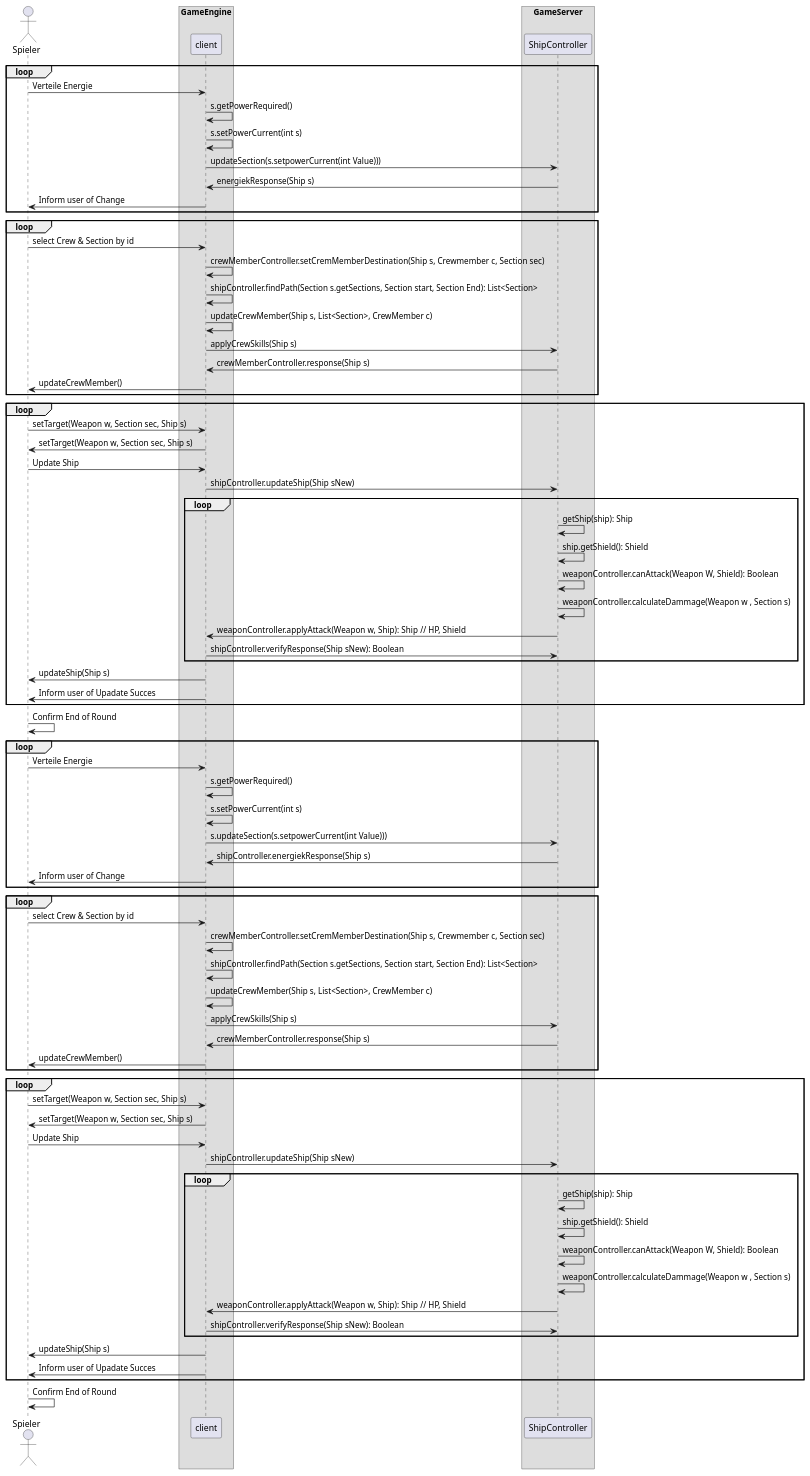
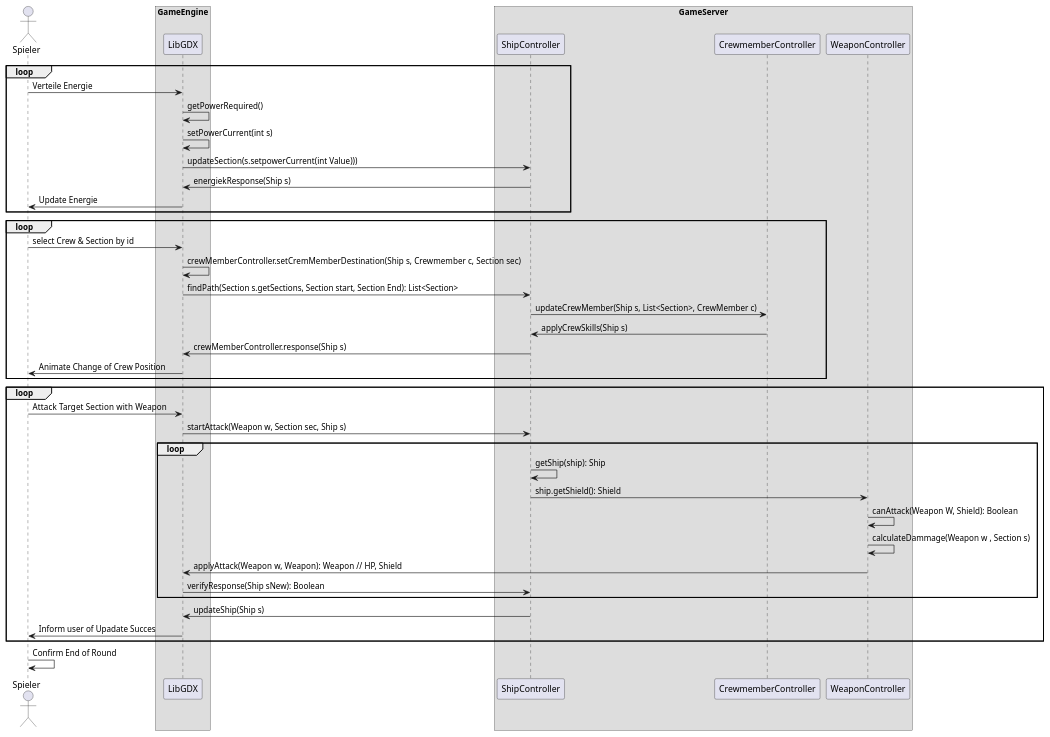
One commit to ksreyr/SpaceStudio changed the first of 3 diagrams in docs/SVGs_org_files/seq.org. Above: the diagram before and after it, drawn with PlantUML. The commit also changed 1 other file, not shown here.

Commit message:
better Sequence Diagramm

```diff
--- a/docs/SVGs_org_files/seq.org
+++ b/docs/SVGs_org_files/seq.org
@@ -4,107 +4,58 @@
 #+BEGIN_SRC plantuml :file kampf.png
 actor Spieler as user
-participant client
-participant ShipController as server
+participant LibGDX as client
+participant ShipController as ship
+participant CrewmemberController as crew
+participant WeaponController as weapon
 
 box "GameEngine"
   participant client
 end box
 
 box "GameServer"
-  participant server
+  participant ship
+  participant crew
+  participant weapon
 end box
 
 
 loop
 user -> client: Verteile Energie
-client -> client: s.getPowerRequired()
-client -> client: s.setPowerCurrent(int s)
-client -> server: updateSection(s.setpowerCurrent(int Value)))
-server -> client: energiekResponse(Ship s)
-client -> user: Inform user of Change
+client -> client: getPowerRequired()
+client -> client: setPowerCurrent(int s)
+client -> ship: updateSection(s.setpowerCurrent(int Value)))
+ship -> client: energiekResponse(Ship s)
+client -> user: Update Energie
 
 end loop
 
 loop
      user -> client: select Crew & Section by id
      client -> client: crewMemberController.setCremMemberDestination(Ship s, Crewmember c, Section sec)
-     client -> client: shipController.findPath(Section s.getSections, Section start, Section End): List<Section>
-     client -> client: updateCrewMember(Ship s, List<Section>, CrewMember c)
-     client -> server: applyCrewSkills(Ship s)
-     server -> client: crewMemberController.response(Ship s)
-     client -> user: updateCrewMember()
+     client -> ship: findPath(Section s.getSections, Section start, Section End): List<Section>
+     ship -> crew: updateCrewMember(Ship s, List<Section>, CrewMember c)
+     crew -> ship: applyCrewSkills(Ship s)
+     ship -> client: crewMemberController.response(Ship s)
+     client -> user: Animate Change of Crew Position
 end loop
 
 loop
-    user -> client: setTarget(Weapon w, Section sec, Ship s)
-    client -> user: setTarget(Weapon w, Section sec, Ship s)
 
-user -> client: Update Ship
-client -> server: shipController.updateShip(Ship sNew)
+user -> client: Attack Target Section with  Weapon
+client -> ship: startAttack(Weapon w, Section sec, Ship s)
     loop
-         server -> server: getShip(ship): Ship
-         server -> server: ship.getShield(): Shield
-         server -> server: weaponController.canAttack(Weapon W, Shield): Boolean
-         server -> server: weaponController.calculateDammage(Weapon w , Section s)
-         server -> client: weaponController.applyAttack(Weapon w, Ship): Ship // HP, Shield
-         client -> server: shipController.verifyResponse(Ship sNew): Boolean
+         ship -> ship: getShip(ship): Ship
+         ship -> weapon: ship.getShield(): Shield
+         weapon -> weapon: canAttack(Weapon W, Shield): Boolean
+         weapon -> weapon: calculateDammage(Weapon w , Section s)
+         weapon -> client: applyAttack(Weapon w, Weapon): Weapon // HP, Shield
+         client -> ship: verifyResponse(Ship sNew): Boolean
     end loop
-    client -> user: updateShip(Ship s)
-client -> user: Inform user of Upadate Succes
-end loop
-
-user -> user: Confirm End of Round
-actor Spieler as user
-participant client
-participant server
-
-box "GameEngine"
-  participant client
-end box
-
-box "GameServer"
-  participant server
-end box
-
-
-loop
-user -> client: Verteile Energie
-client -> client: s.getPowerRequired()
-client -> client: s.setPowerCurrent(int s)
-client -> server: s.updateSection(s.setpowerCurrent(int Value)))
-server -> client: shipController.energiekResponse(Ship s)
-client -> user: Inform user of Change
-
-end loop
-
-loop
-     user -> client: select Crew & Section by id
-     client -> client: crewMemberController.setCremMemberDestination(Ship s, Crewmember c, Section sec)
-     client -> client: shipController.findPath(Section s.getSections, Section start, Section End): List<Section>
-     client -> client: updateCrewMember(Ship s, List<Section>, CrewMember c)
-     client -> server: applyCrewSkills(Ship s)
-     server -> client: crewMemberController.response(Ship s)
-     client -> user: updateCrewMember()
-end loop
-
-loop
-    user -> client: setTarget(Weapon w, Section sec, Ship s)
-    client -> user: setTarget(Weapon w, Section sec, Ship s)
-
-user -> client: Update Ship
-client -> server: shipController.updateShip(Ship sNew)
-    loop
-         server -> server: getShip(ship): Ship
-         server -> server: ship.getShield(): Shield
-         server -> server: weaponController.canAttack(Weapon W, Shield): Boolean
-         server -> server: weaponController.calculateDammage(Weapon w , Section s)
-         server -> client: weaponController.applyAttack(Weapon w, Ship): Ship // HP, Shield
-         client -> server: shipController.verifyResponse(Ship sNew): Boolean
-    end loop
-    client -> user: updateShip(Ship s)
+    ship -> client: updateShip(Ship s)
 client -> user: Inform user of Upadate Succes
 end loop
 
 user -> user: Confirm End of Round
 
+
 #+END_SRC
```
